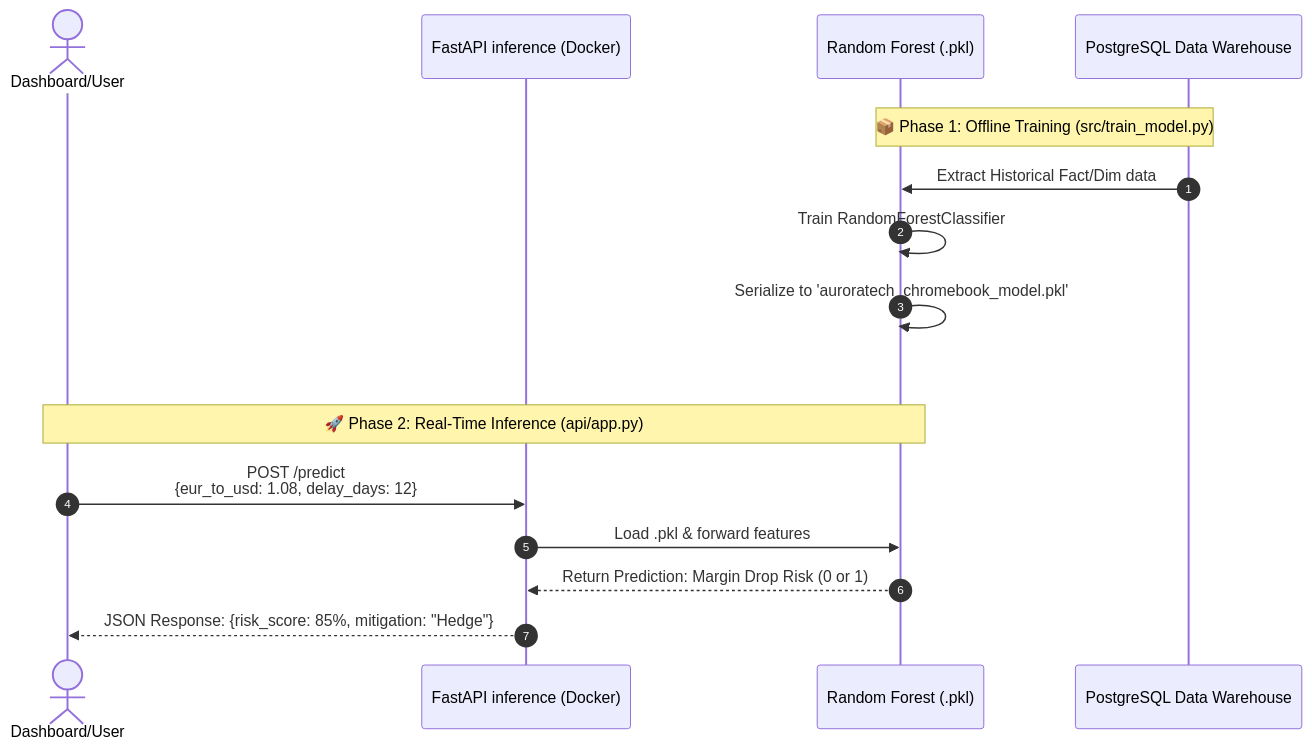
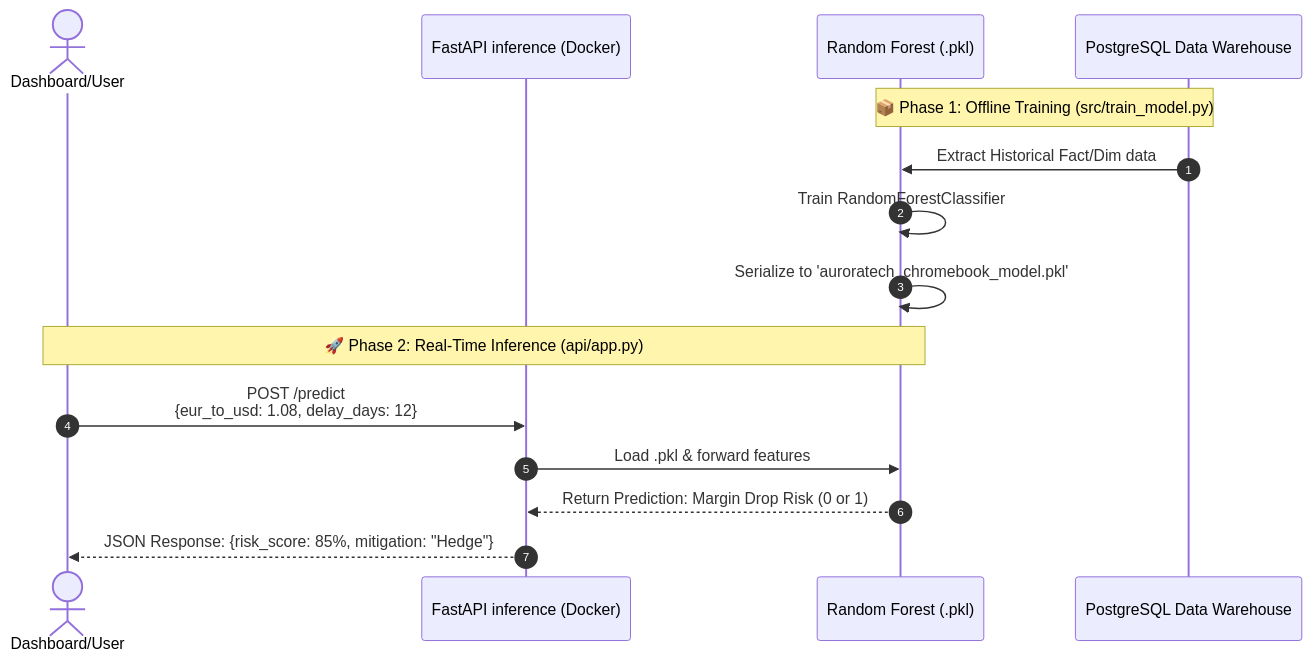
The diagram in auroratech-repo/bloc4_ai_solutions/README.md (shuhanchang12/Aurora_tech), drawn with Mermaid before and after one commit. The commit also changed 1 other file, not shown here.

Commit message:
docs: update project branding and documentation
Refactor READMEs to align with Project: Atomic-Link branding, update the technical stack overview, and simplify Mermaid diagrams for AI solutions.

````diff
--- a/auroratech-repo/bloc4_ai_solutions/README.md
+++ b/auroratech-repo/bloc4_ai_solutions/README.md
@@ -14,23 +14,19 @@
 ```mermaid
 sequenceDiagram
     autonumber
     actor Client as Dashboard/User
     participant FastAPI as FastAPI inference (Docker)
     participant Model as Random Forest (.pkl)
     participant DW as PostgreSQL Data Warehouse
 
-    rect rgba(255, 255, 255, 0.1)
-        Note over DW, Model: 📦 Phase 1: Offline Training (src/train_model.py)
-        DW->>Model: Extract Historical Fact/Dim data
-        Model->>Model: Train RandomForestClassifier
-        Model->>Model: Serialize to 'auroratech_chromebook_model.pkl'
-    end
+    Note over DW, Model: 📦 Phase 1: Offline Training (src/train_model.py)
+    DW->>Model: Extract Historical Fact/Dim data
+    Model->>Model: Train RandomForestClassifier
+    Model->>Model: Serialize to 'auroratech_chromebook_model.pkl'
 
-    rect rgba(255, 255, 255, 0.05)
-        Note over Client, Model: 🚀 Phase 2: Real-Time Inference (api/app.py)
-        Client->>FastAPI: POST /predict <br/>{eur_to_usd: 1.08, delay_days: 12}
-        FastAPI->>Model: Load .pkl & forward features
-        Model-->>FastAPI: Return Prediction: Margin Drop Risk (0 or 1)
-        FastAPI-->>Client: JSON Response: {risk_score: 85%, mitigation: "Hedge"}
-    end
+    Note over Client, Model: 🚀 Phase 2: Real-Time Inference (api/app.py)
+    Client->>FastAPI: POST /predict <br/>{eur_to_usd: 1.08, delay_days: 12}
+    FastAPI->>Model: Load .pkl & forward features
+    Model-->>FastAPI: Return Prediction: Margin Drop Risk (0 or 1)
+    FastAPI-->>Client: JSON Response: {risk_score: 85%, mitigation: "Hedge"}
 ```
````
